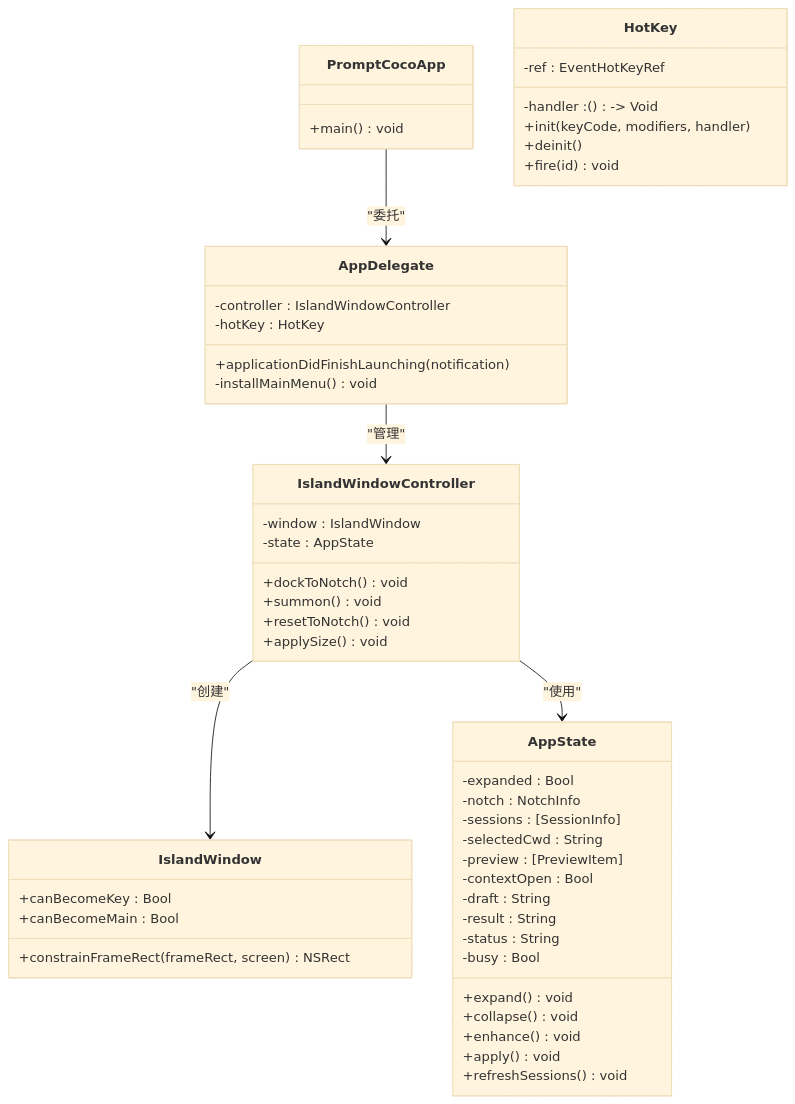
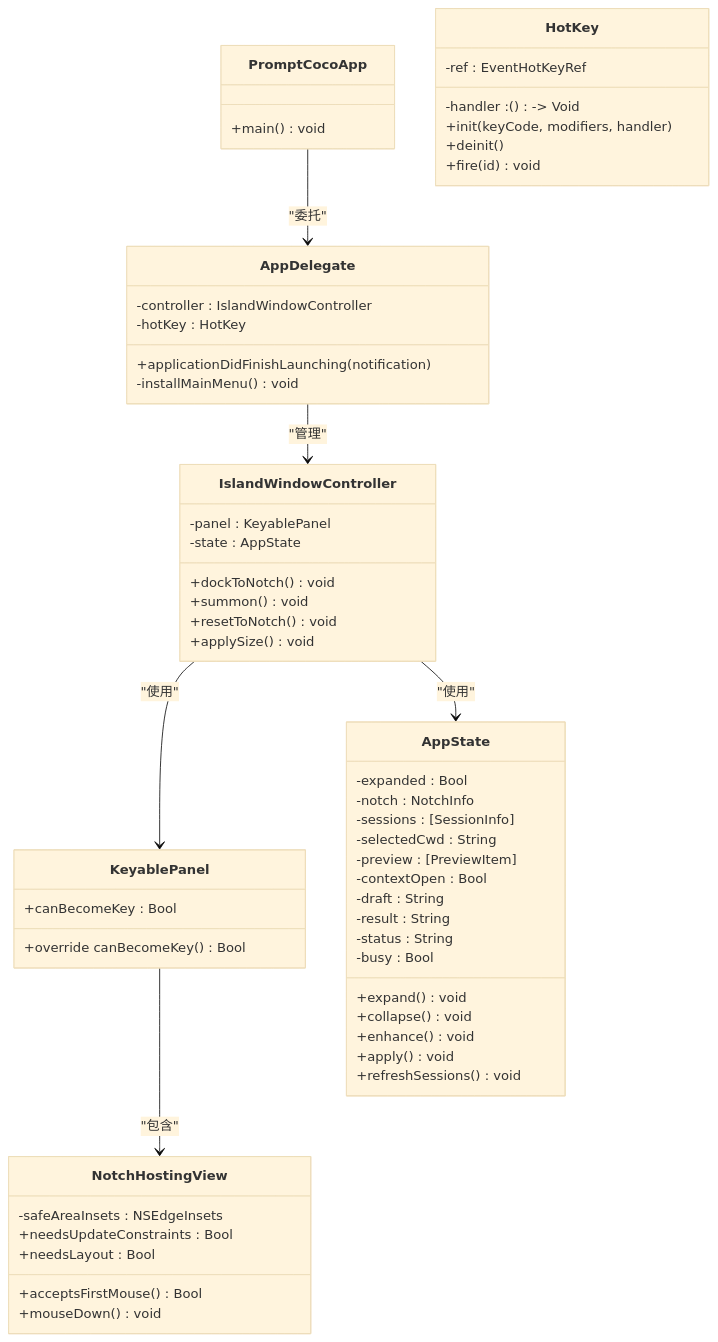
One commit to WyRainBow/PromptCocoPilot changed the third of 14 diagrams in .qoder/repowiki/zh/content/核心架构/浮动窗口系统.md. Above: the diagram before and after it, drawn with Mermaid (base theme). The commit also changed other lines of this file and 57 other files, not shown here.

````diff
--- a/.qoder/repowiki/zh/content/核心架构/浮动窗口系统.md
+++ b/.qoder/repowiki/zh/content/核心架构/浮动窗口系统.md
@@ -220,53 +230,60 @@
 ```mermaid
 classDiagram
 class PromptCocoApp {
 +main() void
 }
 class AppDelegate {
 -controller : IslandWindowController
 -hotKey : HotKey
 +applicationDidFinishLaunching(notification)
 -installMainMenu() void
 }
 class IslandWindowController {
--window : IslandWindow
+-panel : KeyablePanel
 -state : AppState
 +dockToNotch() void
 +summon() void
 +resetToNotch() void
 +applySize() void
+}
+class KeyablePanel {
++canBecomeKey : Bool
++override canBecomeKey() Bool
+}
+class NotchHostingView {
+-safeAreaInsets : NSEdgeInsets
++acceptsFirstMouse() Bool
++mouseDown() void
++needsUpdateConstraints : Bool
++needsLayout : Bool
 }
 class AppState {
 -expanded : Bool
 -notch : NotchInfo
 -sessions : [SessionInfo]
 -selectedCwd : String
 -preview : [PreviewItem]
 -contextOpen : Bool
 -draft : String
 -result : String
 -status : String
 -busy : Bool
 +expand() void
 +collapse() void
 +enhance() void
 +apply() void
 +refreshSessions() void
 }
-class IslandWindow {
-+canBecomeKey : Bool
-+canBecomeMain : Bool
-+constrainFrameRect(frameRect, screen) NSRect
-}
 class HotKey {
 -ref : EventHotKeyRef
 -handler : () -> Void
 +init(keyCode, modifiers, handler)
 +deinit()
 +fire(id) void
 }
 PromptCocoApp --> AppDelegate : "委托"
 AppDelegate --> IslandWindowController : "管理"
-IslandWindowController --> IslandWindow : "创建"
+IslandWindowController --> KeyablePanel : "使用"
 IslandWindowController --> AppState : "使用"
+KeyablePanel --> NotchHostingView : "包含"
 ```
````
